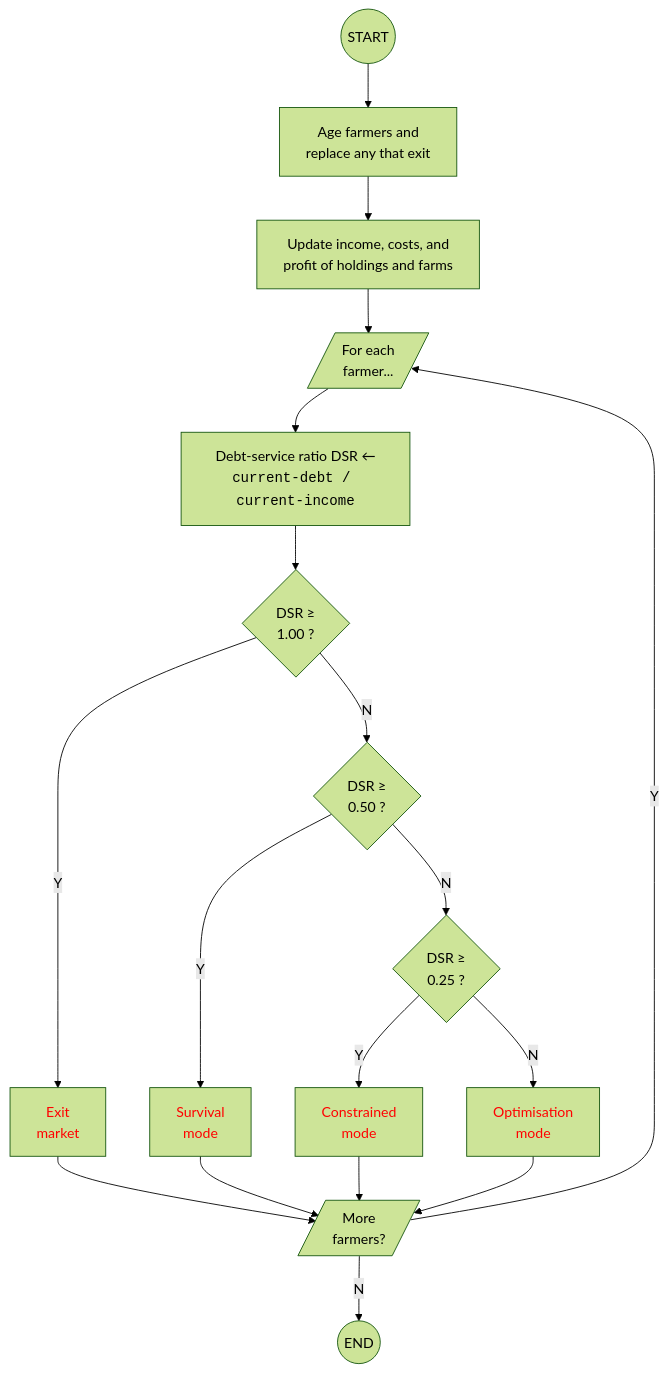
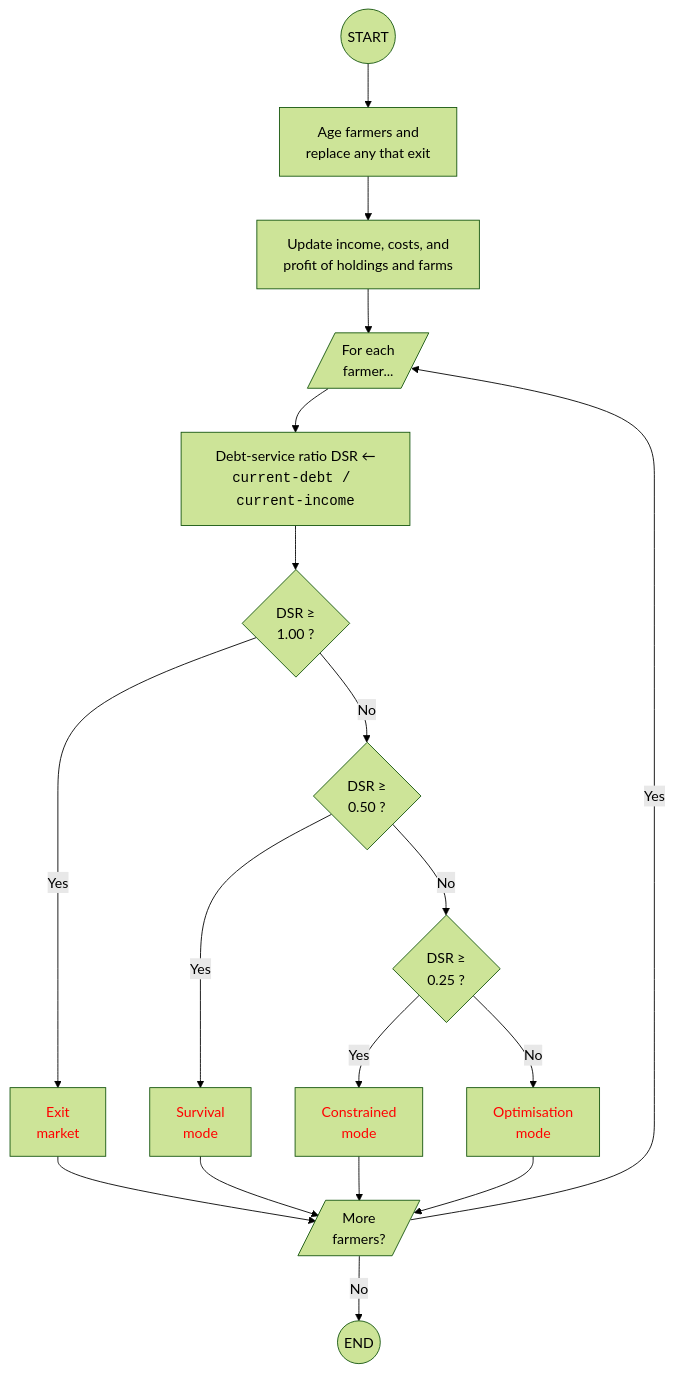
The diagram in model-description/documents/03a-farmer-decisions-general.qmd (DOSull/moving-the-middle-abm), drawn with Mermaid (forest theme) before and after one commit. The commit also changed 38 other files, not shown here.

````diff
--- a/model-description/documents/03a-farmer-decisions-general.qmd
+++ b/model-description/documents/03a-farmer-decisions-general.qmd
@@ -29,35 +29,35 @@
 ```{mermaid}
 flowchart TB
   A((START))
   B[Age farmers and<br>replace any that exit]
   C[Update income, costs, and<br>profit of holdings and farms]
   E[/For each<br>farmer.../]
   F[Debt-service ratio DSR &larr;<br><span style='font-family:monospace;'>current-debt / current-income</span>]
   G1{DSR &geq;<br>1.00 ?}
   G2{DSR &geq;<br>0.50 ?}
   G3{DSR &geq;<br>0.25 ?}
   H1[<span style='color:red;'>Exit<br>market]
   H2[<span style='color:red;'>Survival<br>mode</span>]
   H3[<span style='color:red;'>Constrained<br>mode</span>]
   H4[<span style='color:red;'>Optimisation<br>mode</span>]
   N[/More<br>farmers?/]
   Z((END))
   A --> B
   B --> C
   C --> E
   E --> F
   F --> G1
-  G1 -->|N| G2
-  G1 -->|Y| H1
-  G2 -->|N| G3
-  G2 -->|Y| H2
-  G3 -->|N| H4
-  G3 -->|Y| H3
+  G1 -->|No| G2
+  G1 -->|Yes| H1
+  G2 -->|No| G3
+  G2 -->|Yes| H2
+  G3 -->|No| H4
+  G3 -->|Yes| H3
   H1 --> N
   H2 --> N
   H3 --> N
   H4 --> N
-  N -->|Y| E
-  N -->|N| Z
+  N -->|Yes| E
+  N -->|No| Z
   click H1 "03b-exit-market-succession.html" "Click for details"
 ```
````
